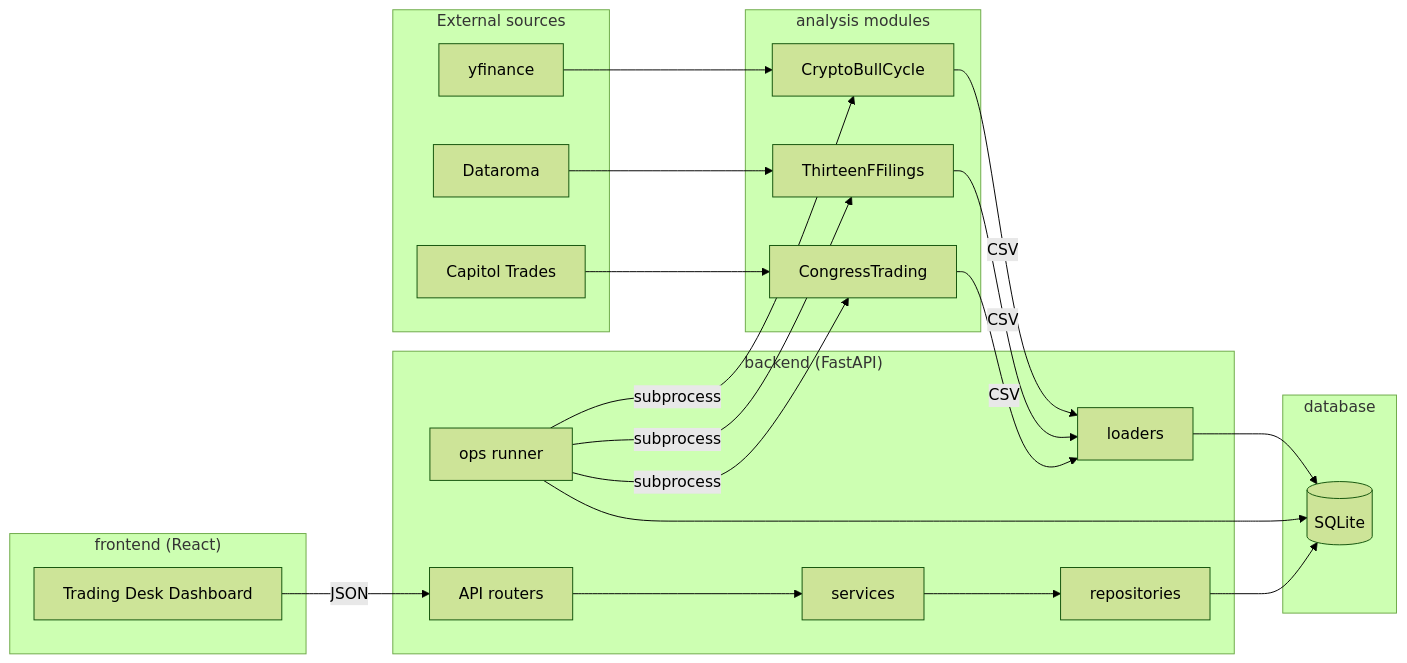
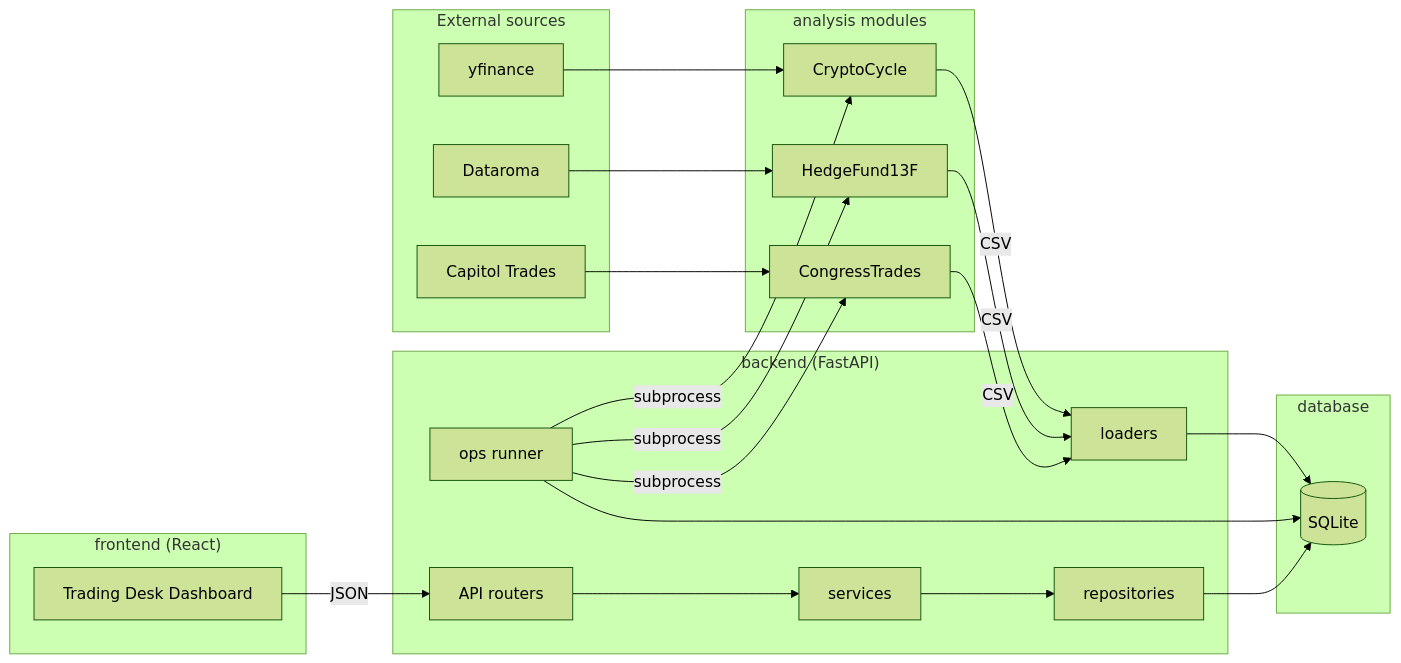
The first of 6 diagrams in docs/architecture/UML_DIAGRAMS.md (Manutd1234/Infrastructure_Projects), drawn with Mermaid (forest theme) before and after one commit. The commit also changed 92 other files, not shown here.

````diff
--- a/docs/architecture/UML_DIAGRAMS.md
+++ b/docs/architecture/UML_DIAGRAMS.md
@@ -8,44 +8,44 @@
 ```mermaid
 flowchart LR
     subgraph External["External sources"]
         YF[yfinance]
         DR[Dataroma]
         CT[Capitol Trades]
     end
 
     subgraph Data["analysis modules"]
-        CBC[CryptoBullCycle]
-        TFF[ThirteenFFilings]
-        CTR[CongressTrading]
+        CBC[CryptoCycle]
+        TFF[HedgeFund13F]
+        CTR[CongressTrades]
     end
 
     subgraph Backend["backend (FastAPI)"]
         API[API routers]
         SVC[services]
         REP[repositories]
         LDR[loaders]
         OPS[ops runner]
     end
 
     subgraph DB["database"]
         SQLite[(SQLite)]
     end
 
     subgraph FE["frontend (React)"]
         DASH[Trading Desk Dashboard]
     end
 
     YF --> CBC
     DR --> TFF
     CT --> CTR
     CBC -->|CSV| LDR
     TFF -->|CSV| LDR
     CTR -->|CSV| LDR
     LDR --> SQLite
     OPS -->|subprocess| CBC
     OPS -->|subprocess| TFF
     OPS -->|subprocess| CTR
     OPS --> SQLite
     API --> SVC --> REP --> SQLite
     DASH -->|JSON| API
 ```
````
